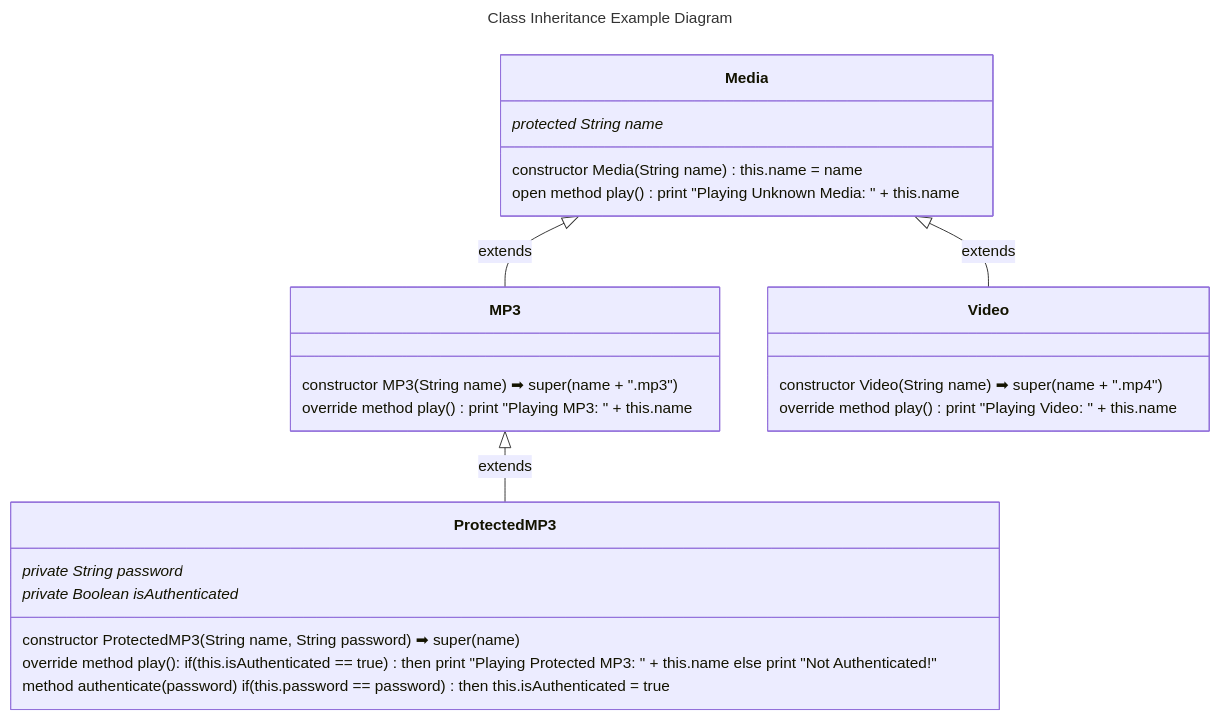
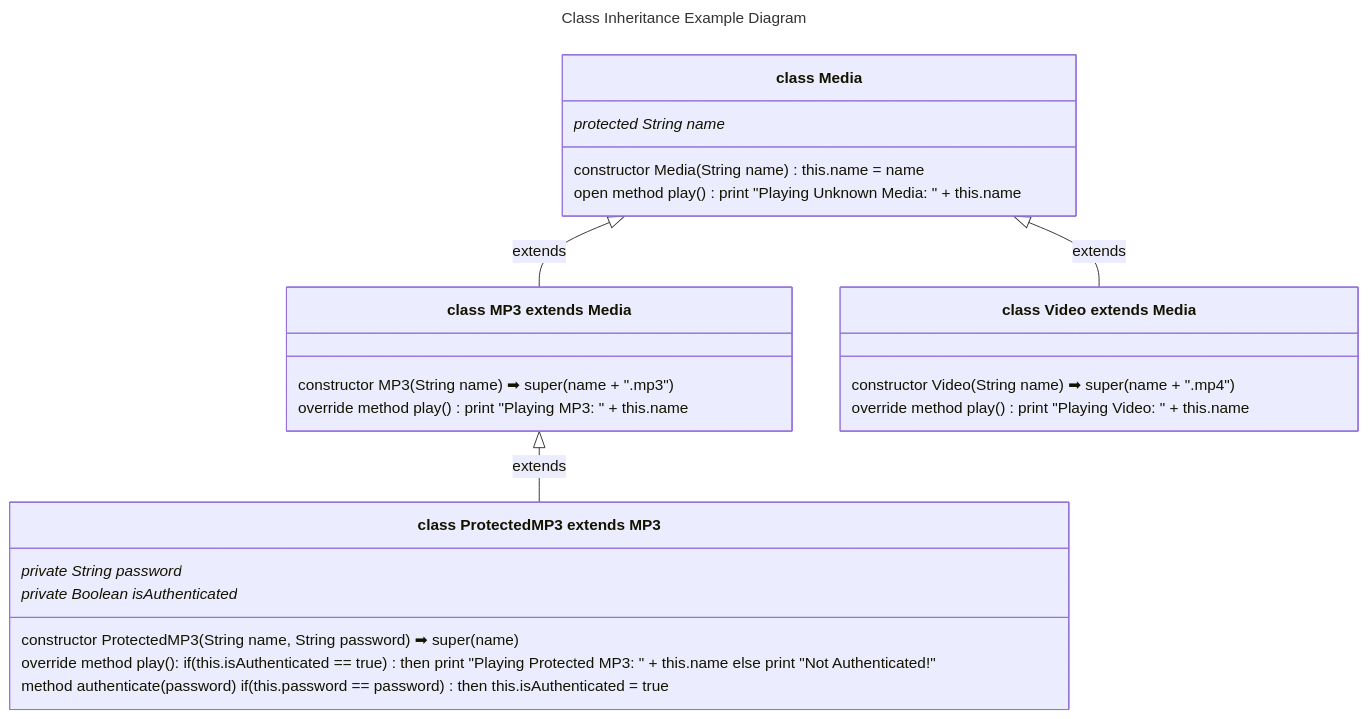
The fifth of 8 diagrams in 09-ClassOrientedProgramming.md (realityexpander/How_to_program_from_ground_up), drawn with Mermaid before and after one commit.

Commit message:
improve diagram

````diff
--- a/09-ClassOrientedProgramming.md
+++ b/09-ClassOrientedProgramming.md
@@ -509,34 +509,34 @@
     ```mermaid
     ---
     title: Class Inheritance Example Diagram
       
     ---
     classDiagram
     direction TB
     Media <|-- MP3 : extends
     Media <|-- Video : extends
     MP3 <|-- ProtectedMP3 : extends      
       
-    class Media {
+    class Media["class Media"] {
        protected String name*
     
        constructor Media(String name) this.name = name
        open method play() print "Playing Unknown Media: " + this.name
     }
-    class MP3 {
+    class MP3["class MP3 extends Media"] {
        constructor MP3(String name) ➡︎ super(name + ".mp3")
        override method play() print "Playing MP3: " + this.name
     }
-    class Video {
+    class Video["class Video extends Media"] {
        constructor Video(String name) ➡︎ super(name + ".mp4")
        override method play() print "Playing Video: " + this.name
     }
-    class ProtectedMP3 {
+    class ProtectedMP3["class ProtectedMP3 extends MP3"] {
        private String password*
        private Boolean isAuthenticated*
        
        constructor ProtectedMP3(String name, String password) ➡︎ super(name)
        override method play(): if(this.isAuthenticated == true) then print "Playing Protected MP3: " + this.name else print "Not Authenticated!"
        method authenticate(password) if(this.password == password) then this.isAuthenticated = true
     }
     ```
````
